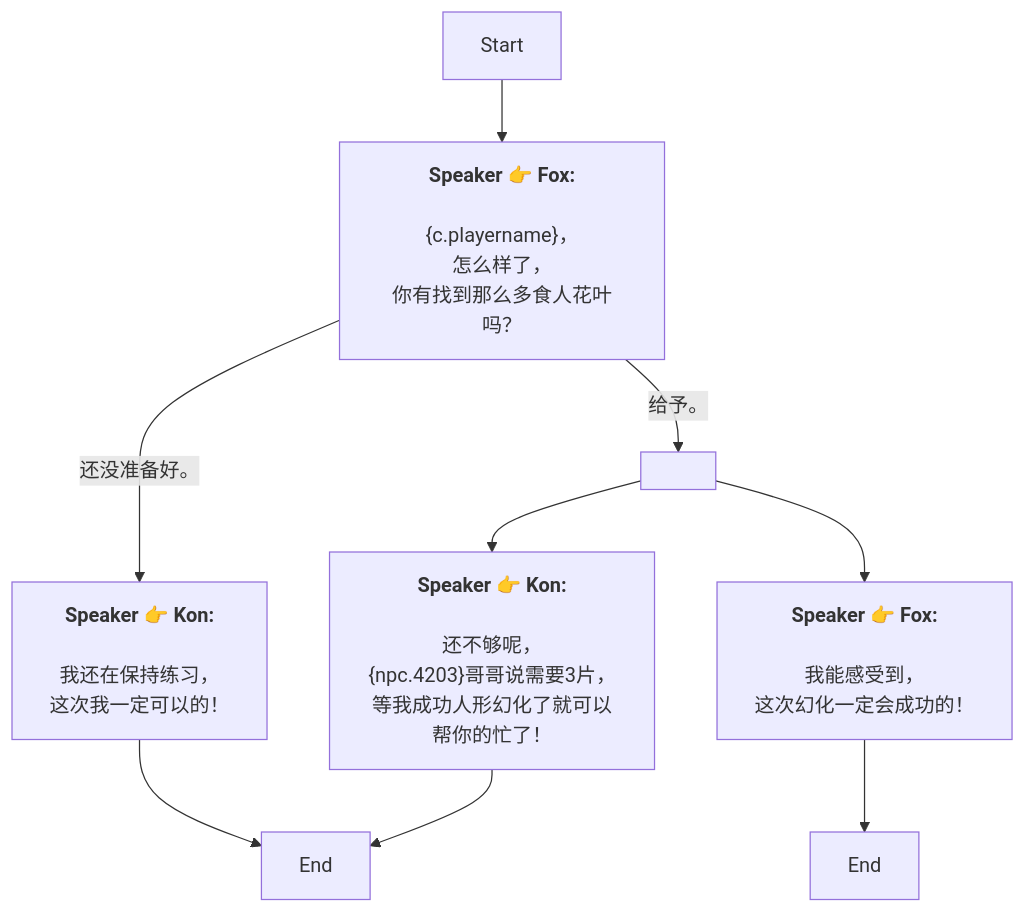
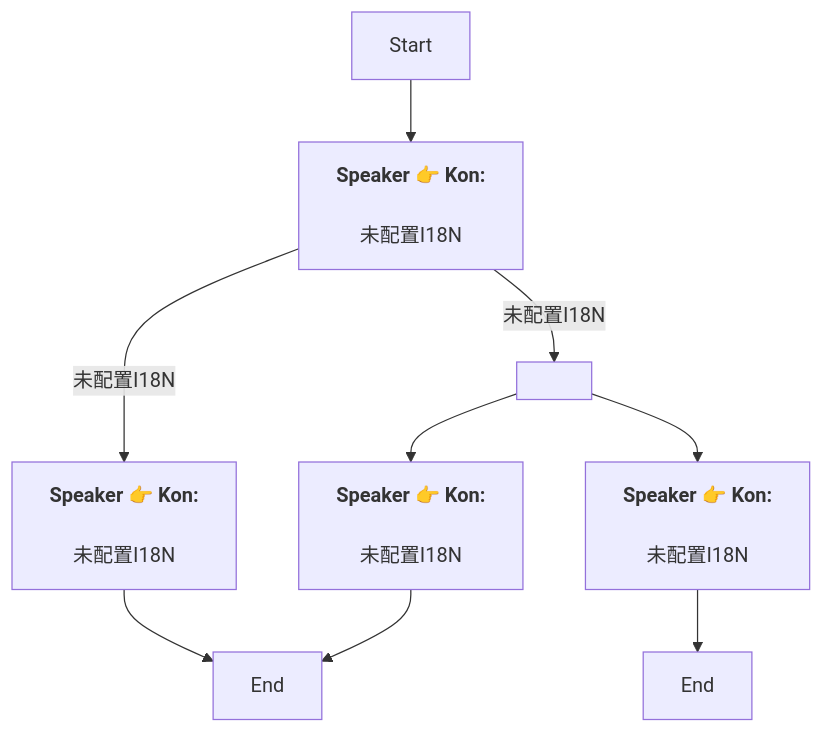
The diagram in Zh/QuestTalkObjectiveNode_1738540454527154.md (SoftHu/tos_avg), drawn with Mermaid before and after one commit. The commit also changed 730 other files, not shown here.

````diff
--- a/Zh/QuestTalkObjectiveNode_1738540454527154.md
+++ b/Zh/QuestTalkObjectiveNode_1738540454527154.md
@@ -1,22 +1,16 @@
 ```mermaid
 graph
-Start -->1738540623759549[<b>Speaker 👉 Fox:</b>
-\n&lbrace;c.playername&rbrace;，
-怎么样了，
-你有找到那么多食人花叶吗？]
-1738540623759549 -->|给予。|1738552948907153[ ]
-1738540623759549 -->|还没准备好。|1738541281747142[<b>Speaker 👉 Kon:</b>
-\n我还在保持练习，
-这次我一定可以的！]
+Start -->1738540623759549[<b>Speaker 👉 Kon:</b>
+\n未配置I18N]
+1738540623759549 -->|未配置I18N|1738552948907153[ ]
+1738540623759549 -->|未配置I18N|1738541281747142[<b>Speaker 👉 Kon:</b>
+\n未配置I18N]
 1738541281747142 -->1738541321536711[End]
 1738552948907153 -->1738540704310463[<b>Speaker 👉 Kon:</b>
-\n还不够呢，
-&lbrace;npc.4203&rbrace;哥哥说需要3片，
-等我成功人形幻化了就可以帮你的忙了！]
-1738552948907153 -->1738540706198720[<b>Speaker 👉 Fox:</b>
-\n我能感受到，
-这次幻化一定会成功的！]
+\n未配置I18N]
+1738552948907153 -->1738540706198720[<b>Speaker 👉 Kon:</b>
+\n未配置I18N]
 1738540706198720 -->1738541365653704[End]
 1738540704310463 -->1738541321536711[End]
 
 ```
````
